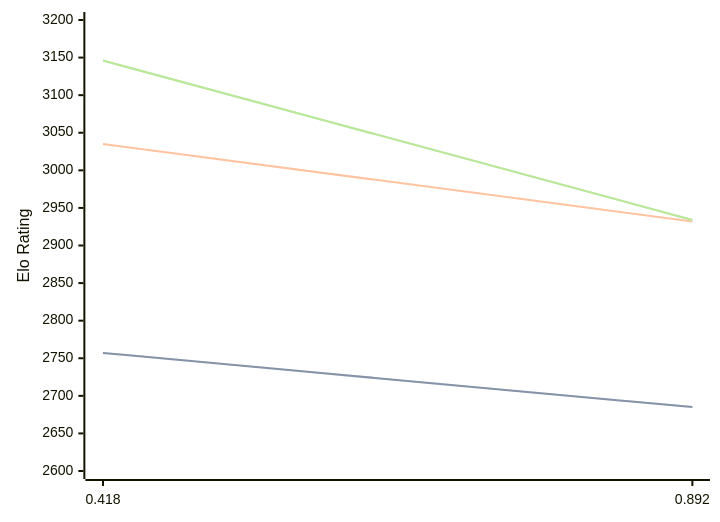
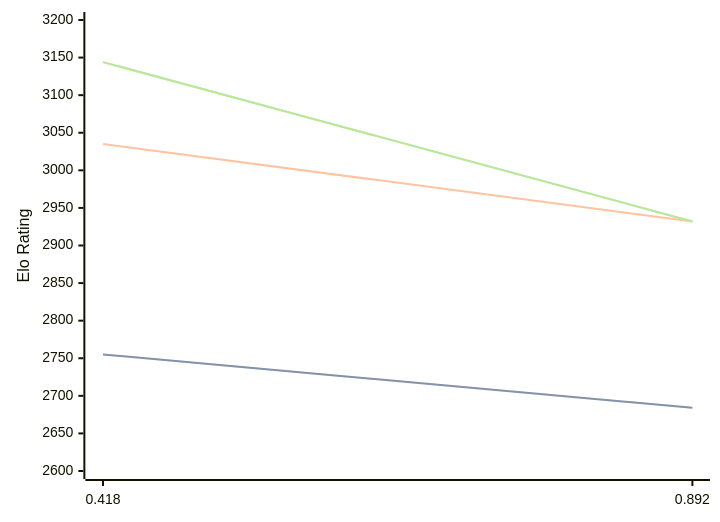
Before and after one commit to computer-chess-index/cci: the diagram in engines/Malika.md, drawn with Mermaid. The commit also changed other lines of this file, not shown here.

Commit message:
Update CCI Ratings (ELO VLTC) - 2026-03-08

````diff
--- a/engines/Malika.md
+++ b/engines/Malika.md
@@ -30,11 +30,11 @@
 ```mermaid
 %%{init: {"theme":"base","themeVariables":{"seriesColors:['#a3a3a3','#222221','#faa371']}}}%%
 xychart-beta
   x-axis ["0.418", "0.892"]
   y-axis "Elo Rating" 2600 --> 3200
-  line "STC (8.0+0.08s)" [2757, 2685]
-  line "STC (8.0+0.08s)" [2757, 2685]
+  line "STC (8.0+0.08s)" [2755, 2684]
+  line "STC (8.0+0.08s)" [2755, 2684]
   line "LTC (60.0+0.60s)" [3035, 2932]
-  line "VLTC (2m24s+1.12s)" [3146, 2934]
-  line "VLTC (2m24s+1.12s)" [3146, 2934]
+  line "VLTC (2m24s+1.12s)" [3144, 2932]
+  line "VLTC (2m24s+1.12s)" [3144, 2932]
 ```
````
